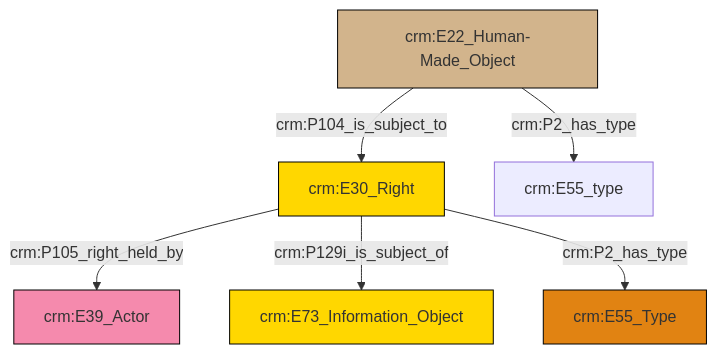
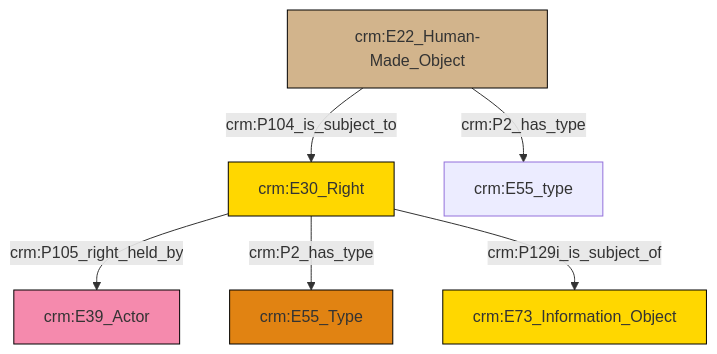
The diagram in et/artworkCSV/ttl/mmd/Artwork_Rights.ttl.mmd (ncarboni/srdm), drawn with Mermaid before and after one commit. The commit also changed 184 other files, not shown here.

```diff
--- a/et/artworkCSV/ttl/mmd/Artwork_Rights.ttl.mmd
+++ b/et/artworkCSV/ttl/mmd/Artwork_Rights.ttl.mmd
@@ -1,20 +1,20 @@
 graph TD
 classDef Literal fill:#f2f2f2,stroke:#000000;
 classDef CRM_Entity fill:#FFFFFF,stroke:#000000;
 classDef Temporal_Entity fill:#00C9E6, stroke:#000000;
 classDef Type fill:#E18312, stroke:#000000;
 classDef Time-Span fill:#2C9C91, stroke:#000000;
 classDef Appellation fill:#FFEB7F, stroke:#000000;
 classDef Place fill:#008836, stroke:#000000;
 classDef Persistent_Item fill:#B266B2, stroke:#000000;
 classDef Conceptual_Object fill:#FFD700, stroke:#000000;
 classDef Physical_Thing fill:#D2B48C, stroke:#000000;
 classDef Actor fill:#f58aad, stroke:#000000;
 classDef PC_Classes fill:#4ce600, stroke:#000000;
 classDef Multi fill:#cccccc,stroke:#000000;
 
-2["crm:E30_Right"]:::Conceptual_Object -->|crm:P105_right_held_by| 0["crm:E39_Actor"]:::Actor
-2["crm:E30_Right"]:::Conceptual_Object -->|crm:P129i_is_subject_of| 3["crm:E73_Information_Object"]:::Conceptual_Object
-2["crm:E30_Right"]:::Conceptual_Object -->|crm:P2_has_type| 5["crm:E55_Type"]:::Type
-8["crm:E22_Human-Made_Object"]:::Physical_Thing -->|crm:P2_has_type| 10["crm:E55_type"]:::Default
-8["crm:E22_Human-Made_Object"]:::Physical_Thing -->|crm:P104_is_subject_to| 2["crm:E30_Right"]:::Conceptual_Object
+0["crm:E30_Right"]:::Conceptual_Object -->|crm:P105_right_held_by| 1["crm:E39_Actor"]:::Actor
+2["crm:E22_Human-Made_Object"]:::Physical_Thing -->|crm:P2_has_type| 3["crm:E55_type"]:::Default
+0["crm:E30_Right"]:::Conceptual_Object -->|crm:P2_has_type| 4["crm:E55_Type"]:::Type
+2["crm:E22_Human-Made_Object"]:::Physical_Thing -->|crm:P104_is_subject_to| 0["crm:E30_Right"]:::Conceptual_Object
+0["crm:E30_Right"]:::Conceptual_Object -->|crm:P129i_is_subject_of| 9["crm:E73_Information_Object"]:::Conceptual_Object
```
